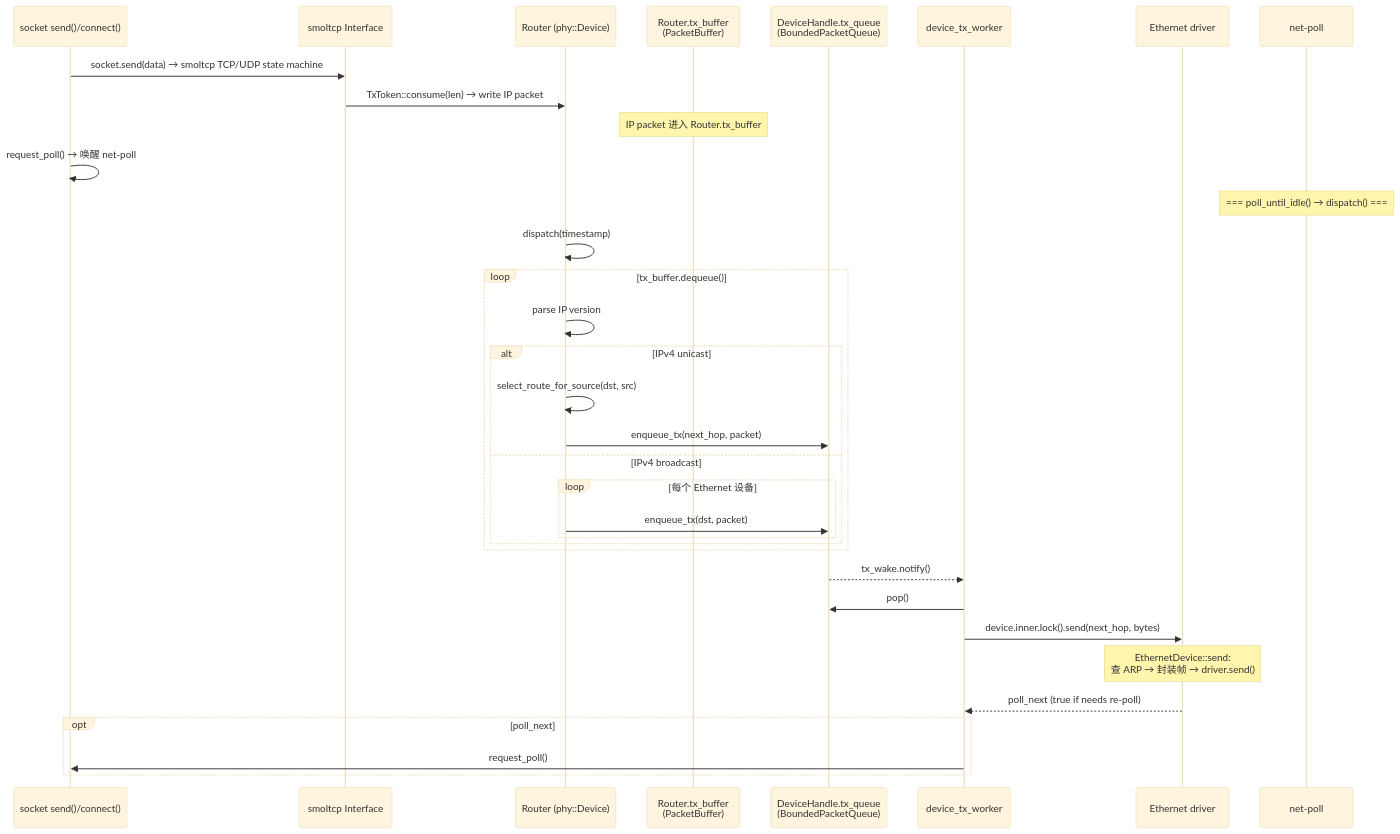
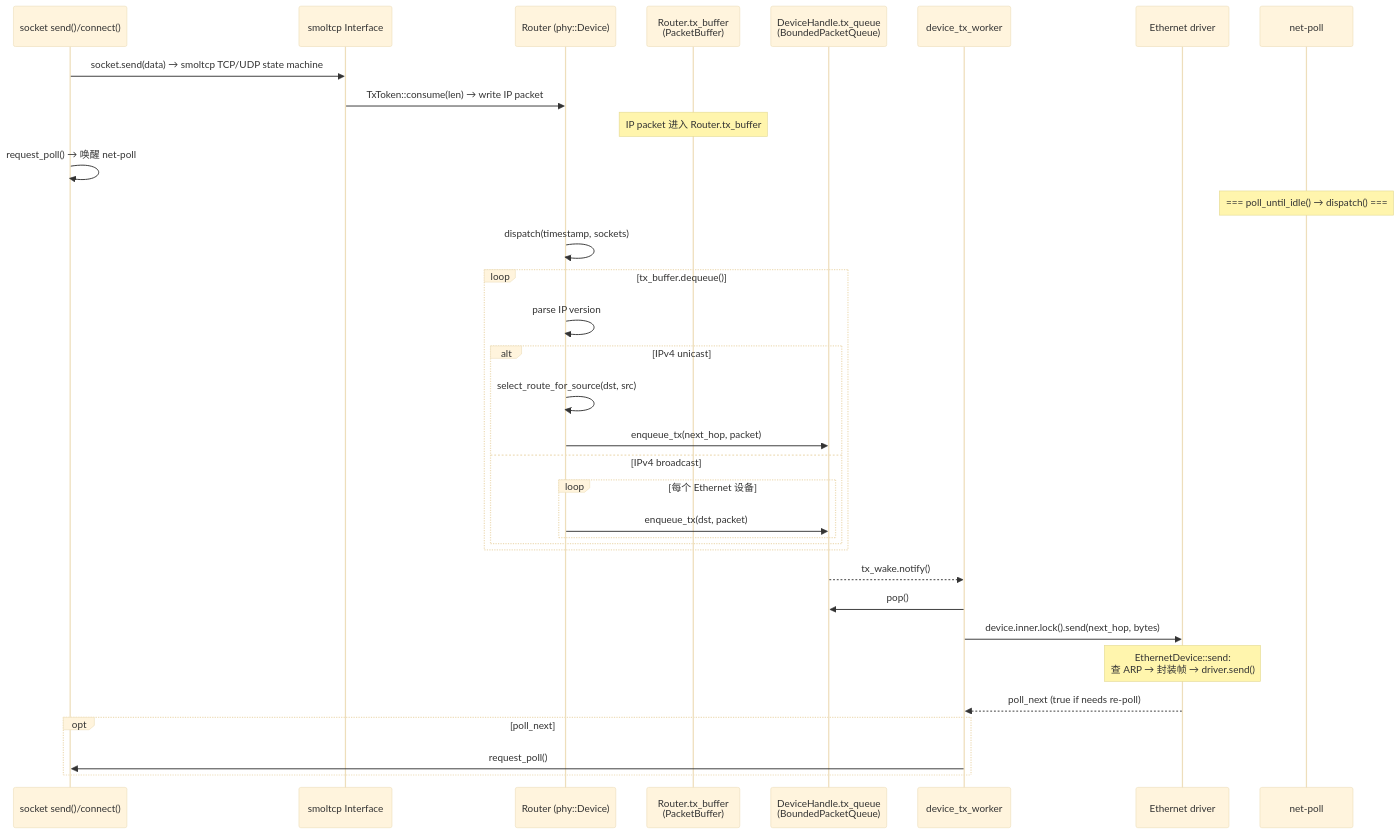
One commit to rcore-os/tgoskits changed the third of 9 diagrams in docs/docs/architecture/net/flows.md. Above: the diagram before and after it, drawn with Mermaid (base theme). The commit also changed other lines of this file and 3 other files, not shown here.

````diff
--- a/docs/docs/architecture/net/flows.md
+++ b/docs/docs/architecture/net/flows.md
@@ -292,36 +292,36 @@
 ```mermaid
 sequenceDiagram
     participant App as socket send()/connect()
     participant Smol as smoltcp Interface
     participant Router as Router (phy::Device)
     participant RouterTx as Router.tx_buffer<br/>(PacketBuffer)
     participant TxQ as DeviceHandle.tx_queue<br/>(BoundedPacketQueue)
     participant TxW as device_tx_worker
     participant Dev as Ethernet driver
 
     App->>Smol: socket.send(data) → smoltcp TCP/UDP state machine
     Smol->>Router: TxToken::consume(len) → write IP packet
     Note over RouterTx: IP packet 进入 Router.tx_buffer
     App->>App: request_poll() → 唤醒 net-poll
     Note over net-poll: === poll_until_idle() → dispatch() ===
-    Router->>Router: dispatch(timestamp)
+    Router->>Router: dispatch(timestamp, sockets)
     loop tx_buffer.dequeue()
         Router->>Router: parse IP version
         alt IPv4 unicast
             Router->>Router: select_route_for_source(dst, src)
             Router->>TxQ: enqueue_tx(next_hop, packet)
         else IPv4 broadcast
             loop 每个 Ethernet 设备
                 Router->>TxQ: enqueue_tx(dst, packet)
             end
         end
     end
     TxQ-->>TxW: tx_wake.notify()
     TxW->>TxQ: pop()
     TxW->>Dev: device.inner.lock().send(next_hop, bytes)
     Note over Dev: EthernetDevice::send:<br/>查 ARP → 封装帧 → driver.send()
     Dev-->>TxW: poll_next (true if needs re-poll)
     opt poll_next
         TxW->>App: request_poll()
     end
 ```
````
